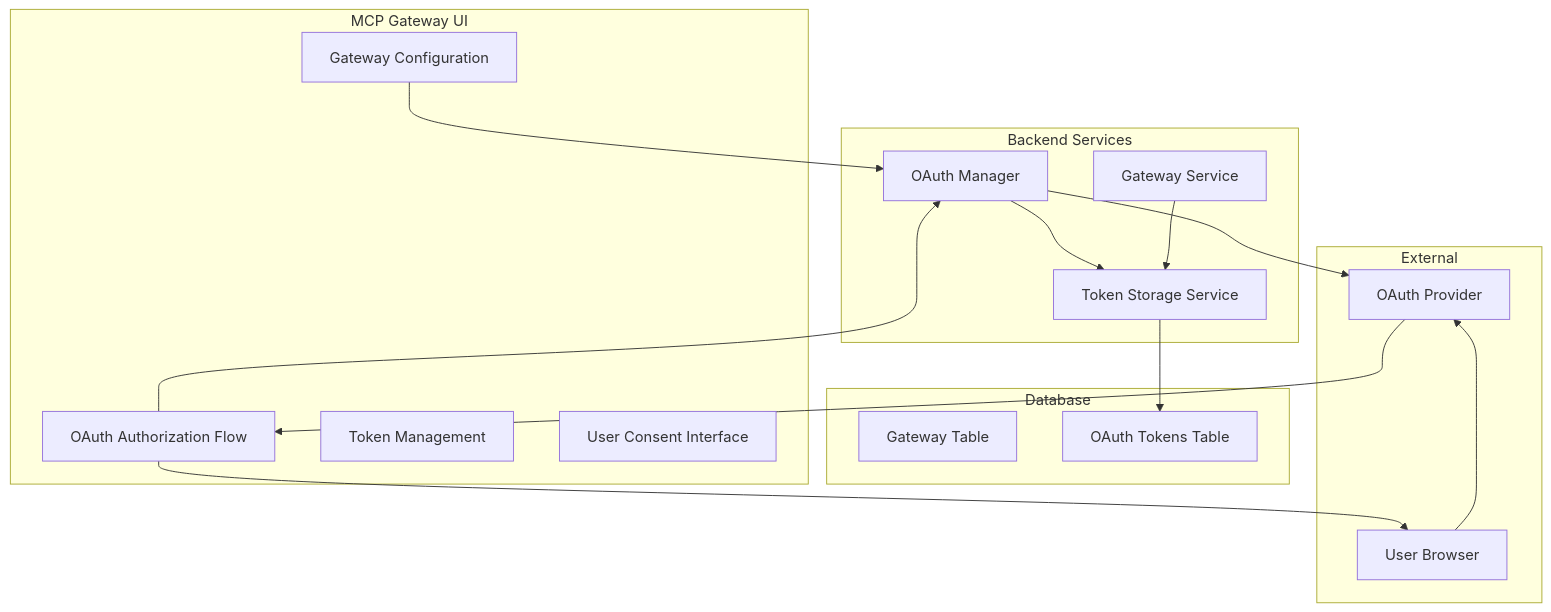
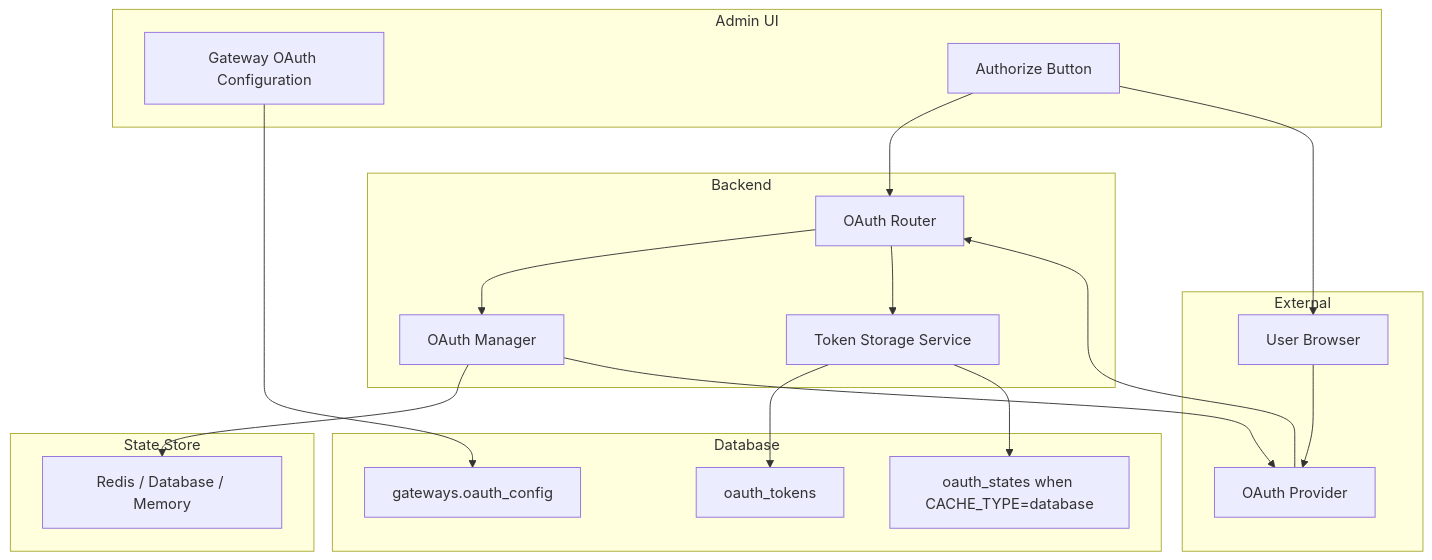
The first of 3 diagrams in docs/docs/architecture/oauth-authorization-code-ui-design.md (tedhabeck/mcp-context-forge), drawn with Mermaid before and after one commit. The commit also changed other lines of this file and 147 other files, not shown here.

First line of the commit message:
docs: refresh docs formatting, links, and diagrams (#2624)

````diff
--- a/docs/docs/architecture/oauth-authorization-code-ui-design.md
+++ b/docs/docs/architecture/oauth-authorization-code-ui-design.md
@@ -31,35 +32,40 @@
 ```mermaid
 graph TD
-    subgraph "MCP Gateway UI"
-        A[Gateway Configuration]
-        B[OAuth Authorization Flow]
-        C[Token Management]
-        D[User Consent Interface]
+    subgraph "Admin UI"
+        A[Gateway OAuth Configuration]
+        B[Authorize Button]
     end
 
-    subgraph "Backend Services"
-        E[OAuth Manager]
-        F[Token Storage Service]
-        G[Gateway Service]
+    subgraph "Backend"
+        C[OAuth Router]
+        D[OAuth Manager]
+        E[Token Storage Service]
+    end
+
+    subgraph "State Store"
+        S[Redis / Database / Memory]
     end
 
     subgraph "Database"
-        H[Gateway Table]
-        I[OAuth Tokens Table]
+        G[gateways.oauth_config]
+        T[oauth_tokens]
+        ST[oauth_states when CACHE_TYPE=database]
     end
 
     subgraph "External"
-        J[OAuth Provider]
-        K[User Browser]
+        U[User Browser]
+        O[OAuth Provider]
     end
 
-    A --> E
-    B --> E
-    E --> F
-    F --> I
-    G --> F
-    B --> K
-    K --> J
-    J --> B
-    E --> J
+    A --> G
+    B --> C
+    C --> D
+    D --> S
+    D --> O
+    O --> C
+    C --> E
+    E --> T
+    E --> ST
+    B --> U
+    U --> O
 ```
````
